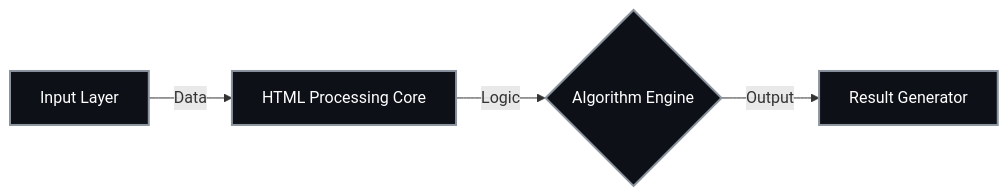
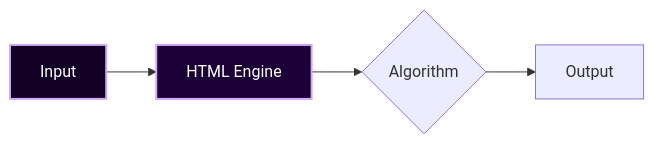
One commit to Nytrynox/Ori-Mind-Project changed the diagram in README.md. Above: the diagram before and after it, drawn with Mermaid. The commit also changed other lines of this file, not shown here.

````diff
--- a/README.md
+++ b/README.md
@@ -28,9 +34,9 @@
 ```mermaid
 graph LR;
-    A["Input Layer"] -->|Data| B["HTML Processing Core"];
-    B -->|Logic| C{"Algorithm Engine"};
-    C -->|Output| D["Result Generator"];
-    
-    classDef core fill:#0d1117,stroke:#8b949e,stroke-width:2px,color:#fff;
-    class A,B,C,D core;
+    A["Input"] --> B["HTML Engine"];
+    B --> C{"Algorithm"};
+    C --> D["Output"];
+
+    style A fill:#120024,stroke:#d2a8ff,stroke-width:2px,color:#fff
+    style B fill:#1a0036,stroke:#d2a8ff,stroke-width:2px,color:#fff
 ```
````
